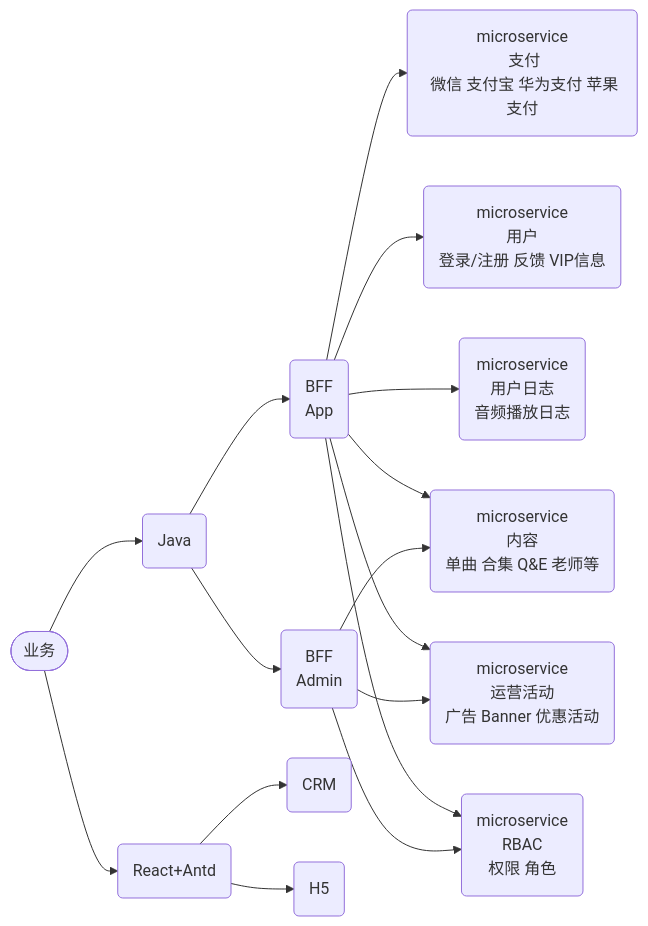
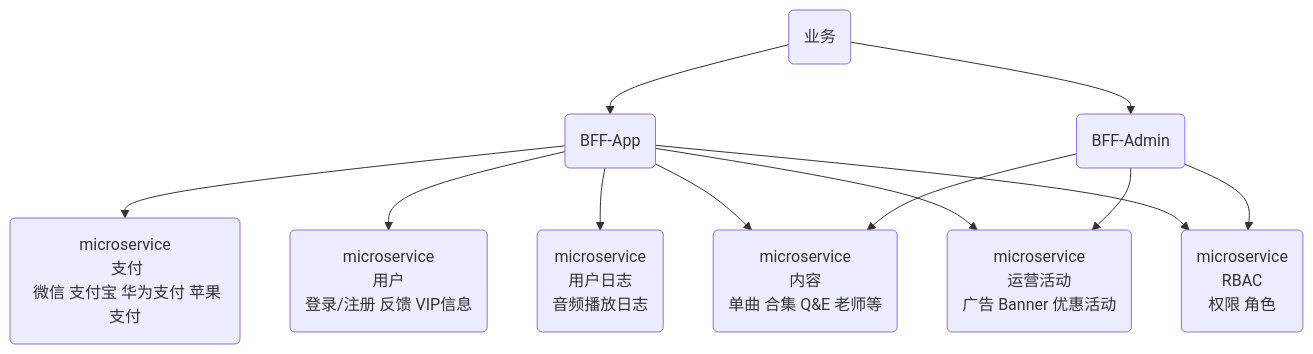
One commit to dengqinghua/dengqinghua.github.io changed the fourth of 7 diagrams in _posts/2021-07-26-3-month-sharing.md. Above: the diagram before and after it, drawn with Mermaid. The commit also changed other lines of this file and 37 other files, not shown here.

```diff
--- a/_posts/2021-07-26-3-month-sharing.md
+++ b/_posts/2021-07-26-3-month-sharing.md
@@ -173,21 +469,15 @@
 <div class="mermaid" markdown="0">
-graph LR;
-    biz([业务]);
-    biz1(Java);
-    biz11(BFF <br >App);
-    biz12(BFF <br >Admin);
-    biz2(React+Antd);
+graph TB;
+    biz1(业务);
+    biz11(BFF-App);
+    biz12(BFF-Admin);
     biz-m1(microservice<br > 内容<br >单曲 合集 Q&E 老师等)
     biz-m3(microservice<br > 支付<br > 微信 支付宝 华为支付 苹果支付)
     biz-m4(microservice<br > 用户<br >登录/注册 反馈 VIP信息)
     biz-m5(microservice<br > 运营活动<br > 广告 Banner 优惠活动)
     biz-m6(microservice<br > 用户日志<br >音频播放日志)
     biz-m7(microservice<br > RBAC<br >权限 角色)
-    biz22(CRM);
-    biz23(H5);
-    biz-->biz1 & biz2;
     biz1-->biz11 & biz12;
-    biz2-->biz22 & biz23;
     biz11 --> biz-m3 & biz-m4 & biz-m6
     biz11 & biz12 --> biz-m1 & biz-m5 & biz-m7
 </div>
```
